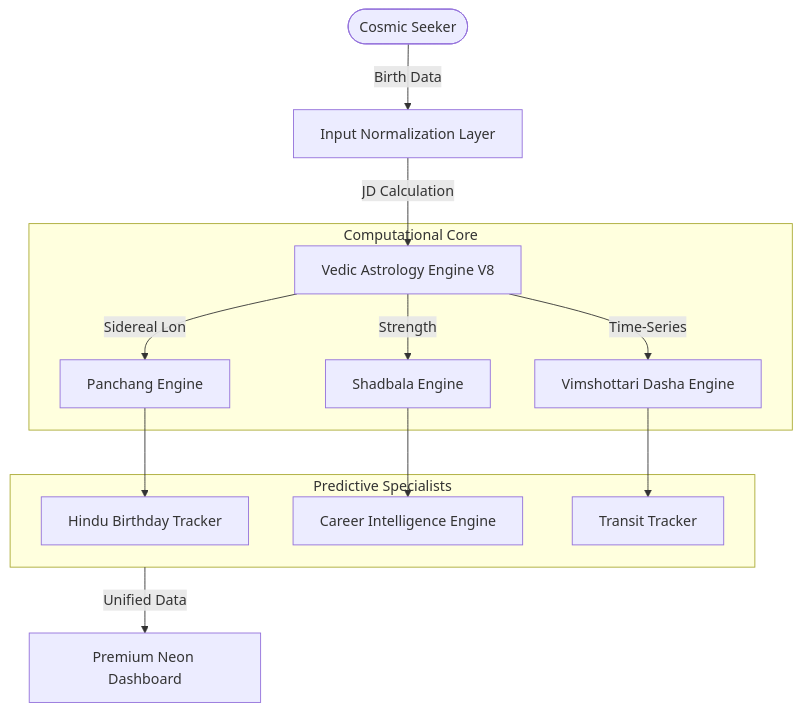
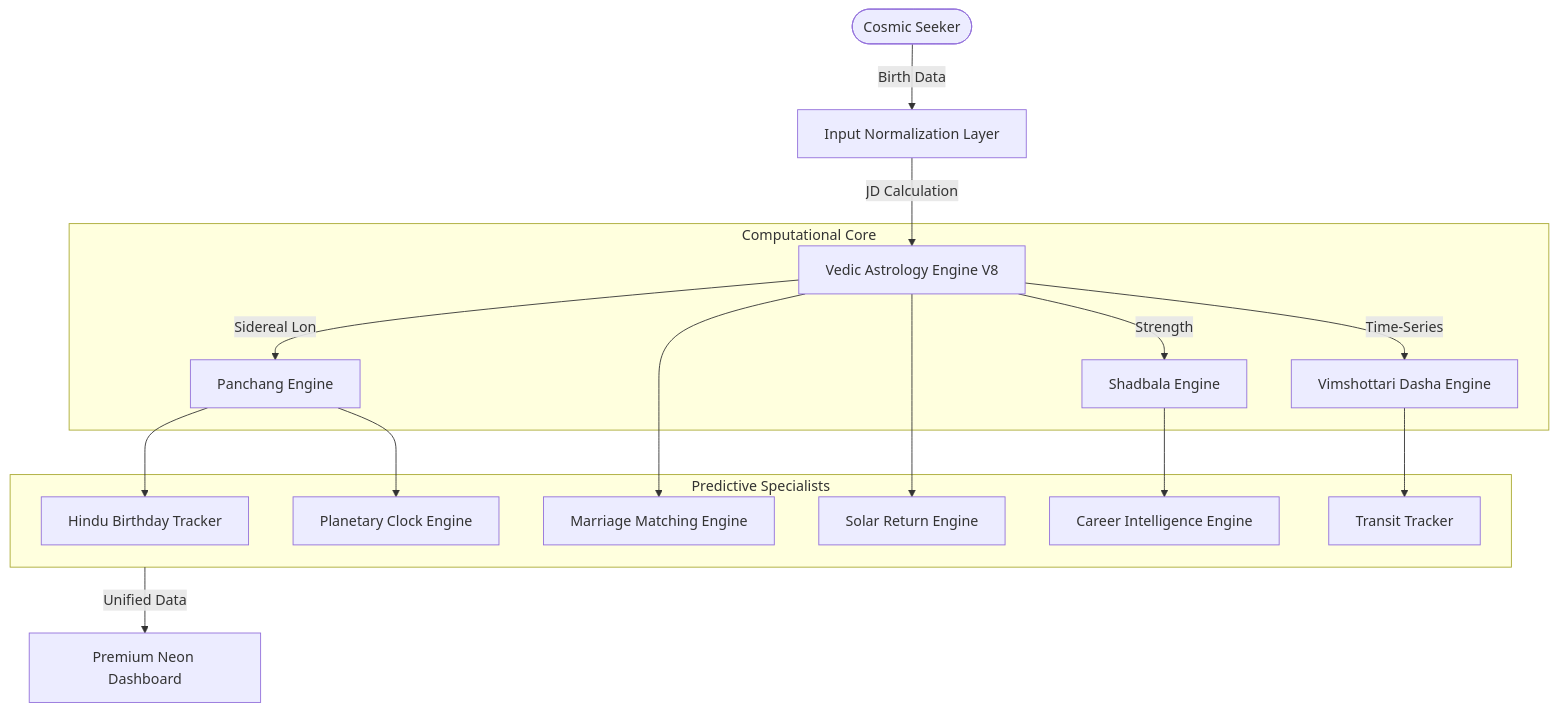
The diagram in README.md (ashishh-tech/AstroPsycho), drawn with Mermaid before and after one commit. The commit also changed other lines of this file, not shown here.

Commit message:
docs: expand architecture diagram and core feature showcase

````diff
--- a/README.md
+++ b/README.md
@@ -26,19 +26,22 @@
 ```mermaid
 graph TD
     User([Cosmic Seeker]) -->|Birth Data| Input[Input Normalization Layer]
     Input -->|JD Calculation| EngineV8[Vedic Astrology Engine V8]
     
     subgraph Core_Intelligence[Computational Core]
         EngineV8 -->|Sidereal Lon| Panchang[Panchang Engine]
         EngineV8 -->|Strength| Shadbala[Shadbala Engine]
         EngineV8 -->|Time-Series| Dasha[Vimshottari Dasha Engine]
     end
     
     subgraph Specialists[Predictive Specialists]
         Panchang --> Birthday[Hindu Birthday Tracker]
+        Panchang --> Clock[Planetary Clock Engine]
+        EngineV8 --> Compatibility[Marriage Matching Engine]
+        EngineV8 --> Solar[Solar Return Engine]
         Shadbala --> Career[Career Intelligence Engine]
         Dasha --> Transit[Transit Tracker]
     end
     
     Specialists -->|Unified Data| UI[Premium Neon Dashboard]
 ```
````
